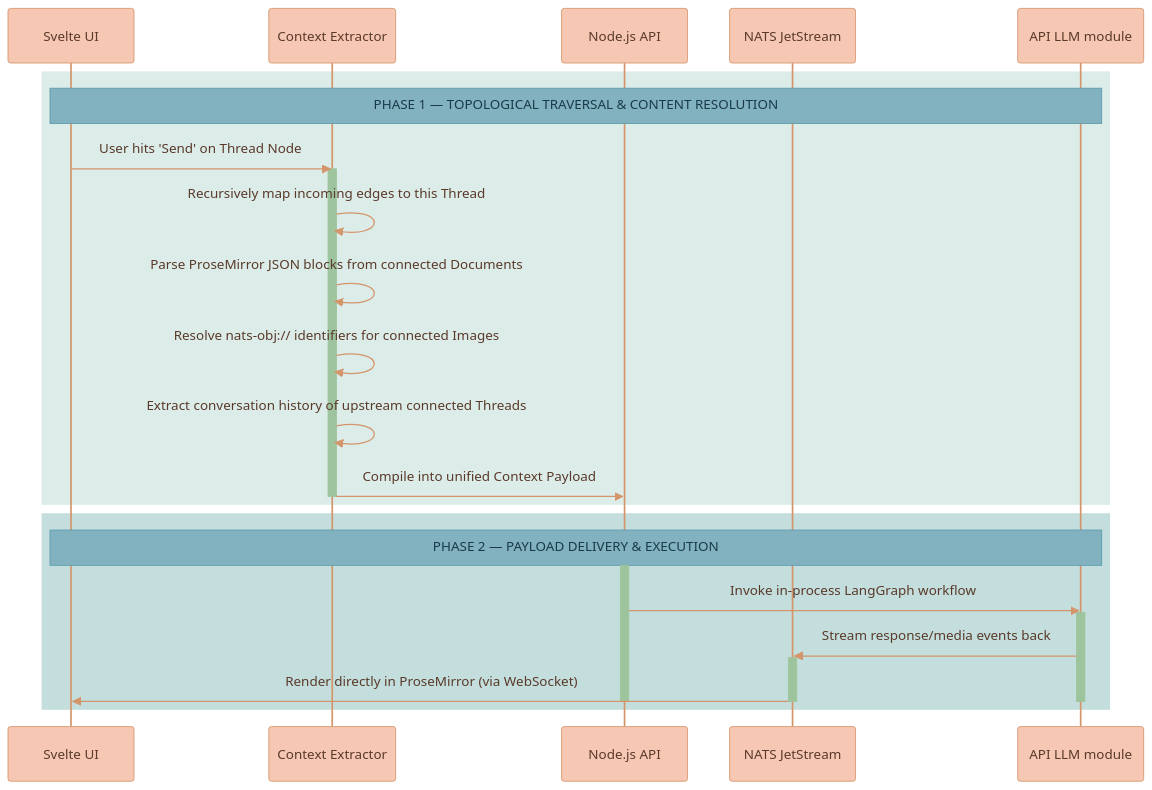
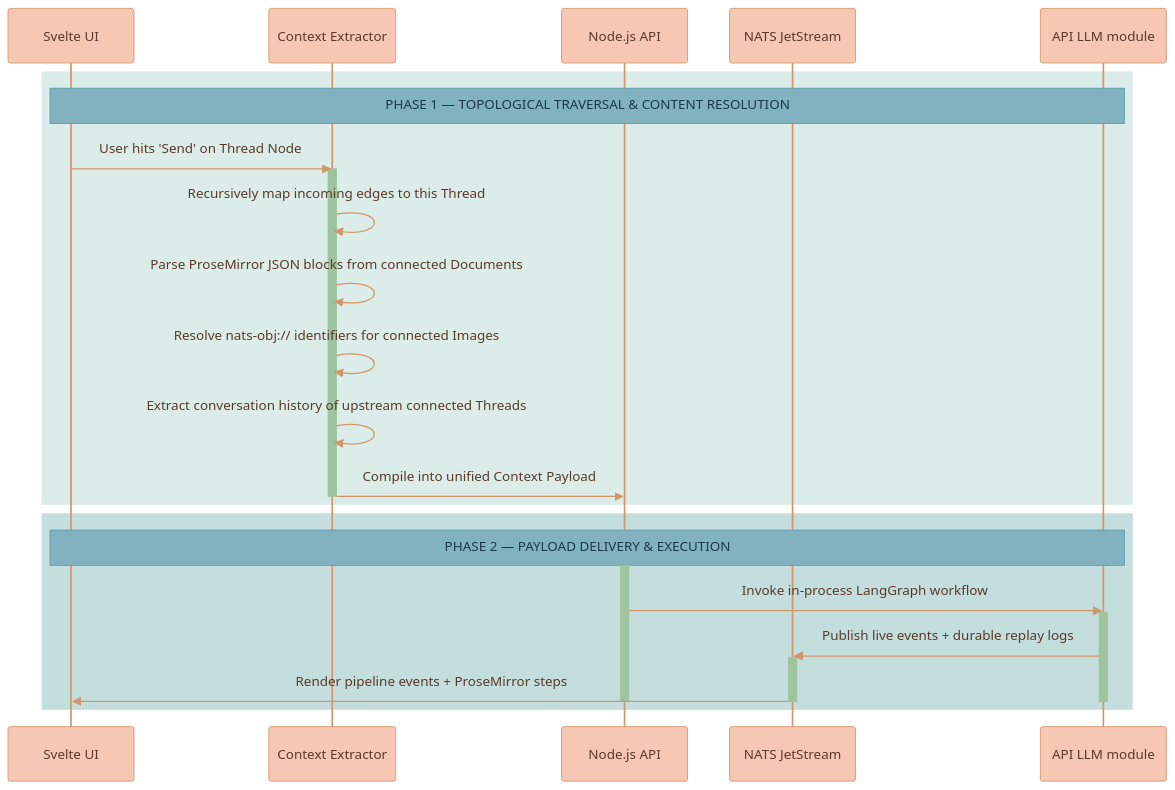
One commit to Lixpi/lixpi changed the fifth of 7 diagrams in documentation/PRODUCT-OVERVIEW.md. Above: the diagram before and after it, drawn with Mermaid. The commit also changed other lines of this file and 61 other files, not shown here.

````diff
--- a/documentation/PRODUCT-OVERVIEW.md
+++ b/documentation/PRODUCT-OVERVIEW.md
@@ -238,40 +240,40 @@
 ```mermaid
 %%{init: {'theme': 'base', 'themeVariables': { 'noteBkgColor': '#82B2C0', 'noteTextColor': '#1a3a47', 'noteBorderColor': '#5a9aad', 'actorBkg': '#F6C7B3', 'actorBorder': '#d4956a', 'actorTextColor': '#5a3a2a', 'actorLineColor': '#d4956a', 'signalColor': '#d4956a', 'signalTextColor': '#5a3a2a', 'labelBoxBkgColor': '#F6C7B3', 'labelBoxBorderColor': '#d4956a', 'labelTextColor': '#5a3a2a', 'loopTextColor': '#5a3a2a', 'activationBorderColor': '#9DC49D', 'activationBkgColor': '#9DC49D', 'sequenceNumberColor': '#5a3a2a'}}}%%
 sequenceDiagram
     participant UI as Svelte UI
     participant Ext as Context Extractor
     participant API as Node.js API
     participant NATS as NATS JetStream
     participant LLM as API LLM module
 
     %% ═══════════════════════════════════════════════════════════════
     %% PHASE 1: TOPOLOGICAL TRAVERSAL & CONTENT RESOLUTION
     %% ═══════════════════════════════════════════════════════════════
     rect rgb(220, 236, 233)
         Note over UI, LLM: PHASE 1 — TOPOLOGICAL TRAVERSAL & CONTENT RESOLUTION
         UI->>Ext: User hits 'Send' on Thread Node
         activate Ext
         Ext->>Ext: Recursively map incoming edges to this Thread
         Ext->>Ext: Parse ProseMirror JSON blocks from connected Documents
         Ext->>Ext: Resolve nats-obj:// identifiers for connected Images
         Ext->>Ext: Extract conversation history of upstream connected Threads
         Ext->>API: Compile into unified Context Payload
         deactivate Ext
     end
 
     %% ═══════════════════════════════════════════════════════════════
     %% PHASE 2: PAYLOAD DELIVERY & EXECUTION
     %% ═══════════════════════════════════════════════════════════════
     rect rgb(195, 222, 221)
         Note over UI, LLM: PHASE 2 — PAYLOAD DELIVERY & EXECUTION
         activate API
         API->>LLM: Invoke in-process LangGraph workflow
         activate LLM
-        LLM->>NATS: Stream response/media events back
+        LLM->>NATS: Publish live events + durable replay logs
         activate NATS
-        NATS->>UI: Render directly in ProseMirror (via WebSocket)
+        NATS->>UI: Render pipeline events + ProseMirror steps
         deactivate NATS
         deactivate LLM
         deactivate API
     end
 ```
````
